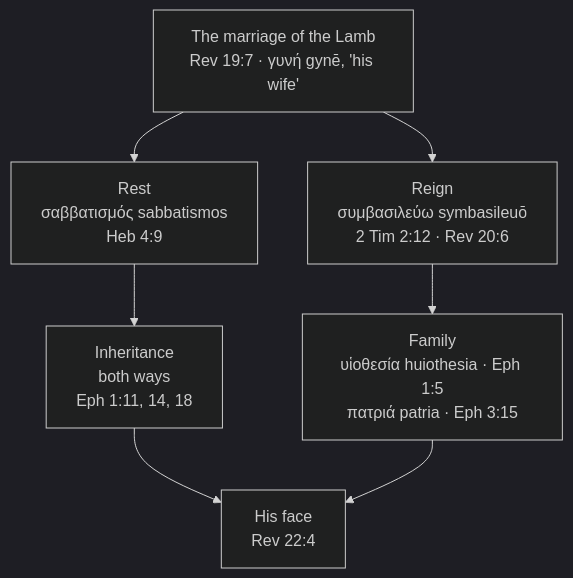
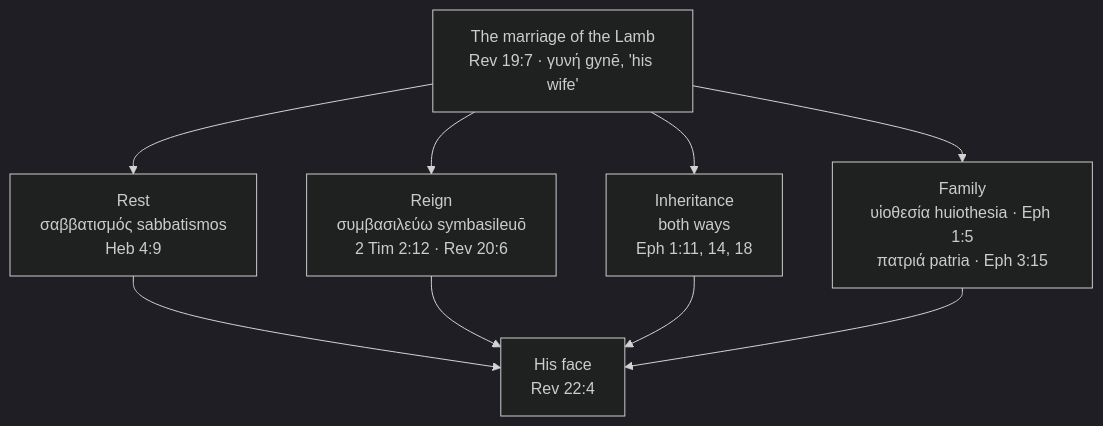
One commit to ding0t/bible_studies changed the diagram in docs/content/israel-and-church/wife-of-the-lamb.md. Above: the diagram before and after it, drawn with Mermaid (dark theme). The commit also changed other lines of this file and 1 other file, not shown here.

````diff
--- a/docs/content/israel-and-church/wife-of-the-lamb.md
+++ b/docs/content/israel-and-church/wife-of-the-lamb.md
@@ -164,10 +318,12 @@
 ```mermaid
 flowchart TD
     M["The marriage of the Lamb<br/>Rev 19:7 · γυνή gynē, 'his wife'"]
     M --> R["Rest<br/>σαββατισμός sabbatismos<br/>Heb 4:9"]
     M --> K["Reign<br/>συμβασιλεύω symbasileuō<br/>2 Tim 2:12 · Rev 20:6"]
-    R --> I["Inheritance<br/>both ways<br/>Eph 1:11, 14, 18"]
-    K --> F["Family<br/>υἱοθεσία huiothesia · Eph 1:5<br/>πατριά patria · Eph 3:15"]
-    I --> E["His face<br/>Rev 22:4"]
+    M --> I["Inheritance<br/>both ways<br/>Eph 1:11, 14, 18"]
+    M --> F["Family<br/>υἱοθεσία huiothesia · Eph 1:5<br/>πατριά patria · Eph 3:15"]
+    R --> E["His face<br/>Rev 22:4"]
+    K --> E
+    I --> E
     F --> E
 ```
````
